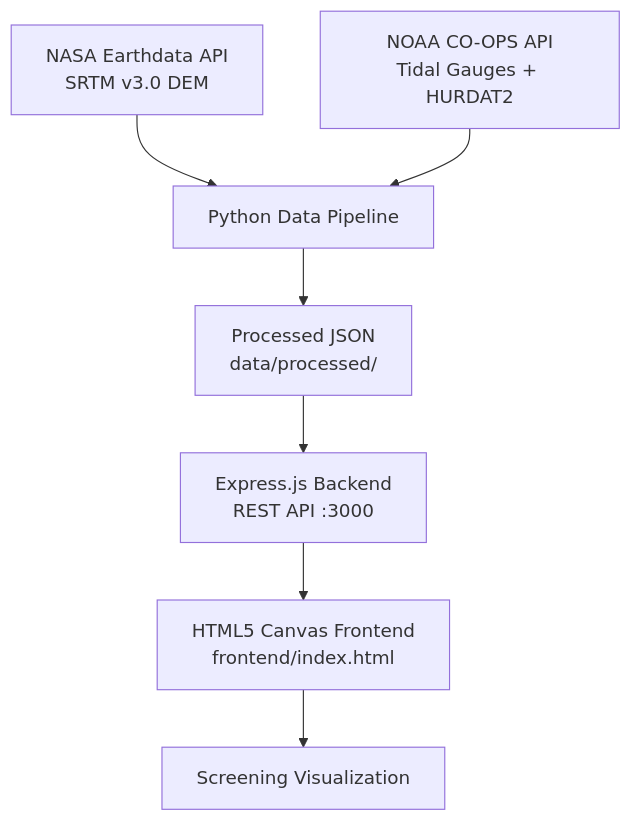
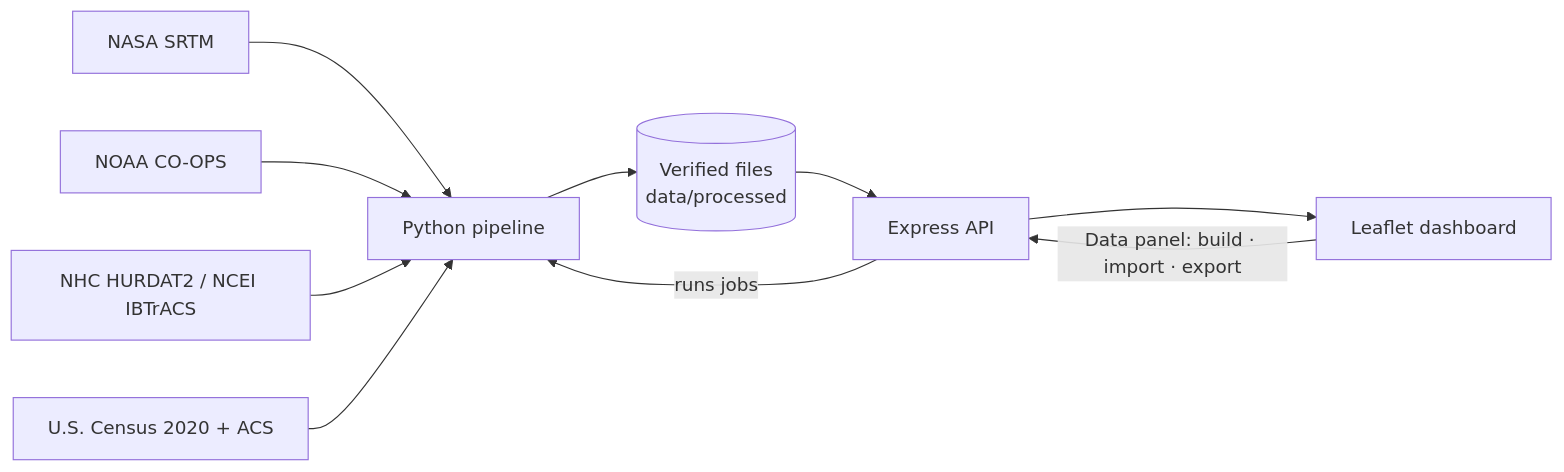
Before and after one commit to Trixx4191/TIDEWATCH: the diagram in docs/TIDEWATCH_Overview.md, drawn with Mermaid. The commit also changed other lines of this file and 55 other files, not shown here.

````diff
--- a/docs/TIDEWATCH_Overview.md
+++ b/docs/TIDEWATCH_Overview.md
@@ -25,9 +52,12 @@
 ```mermaid
-graph TD
-    A[NASA Earthdata API\nSRTM v3.0 DEM] --> D[Python Data Pipeline]
-    C[NOAA CO-OPS API\nTidal Gauges + HURDAT2] --> D
-    D --> E[Processed JSON\ndata/processed/]
-    E --> F[Express.js Backend\nREST API :3000]
-    F --> G[HTML5 Canvas Frontend\nfrontend/index.html]
-    G --> H[Screening Visualization]
+flowchart LR
+  A[NASA SRTM] --> P[Python pipeline]
+  B[NOAA CO-OPS] --> P
+  C[NHC HURDAT2 / NCEI IBTrACS] --> P
+  G[U.S. Census 2020 + ACS] --> P
+  P --> D[(Verified files<br/>data/processed)]
+  D --> E[Express API]
+  E --> F[Leaflet dashboard]
+  F -- Data panel: build · import · export --> E
+  E -- runs jobs --> P
 ```
````
